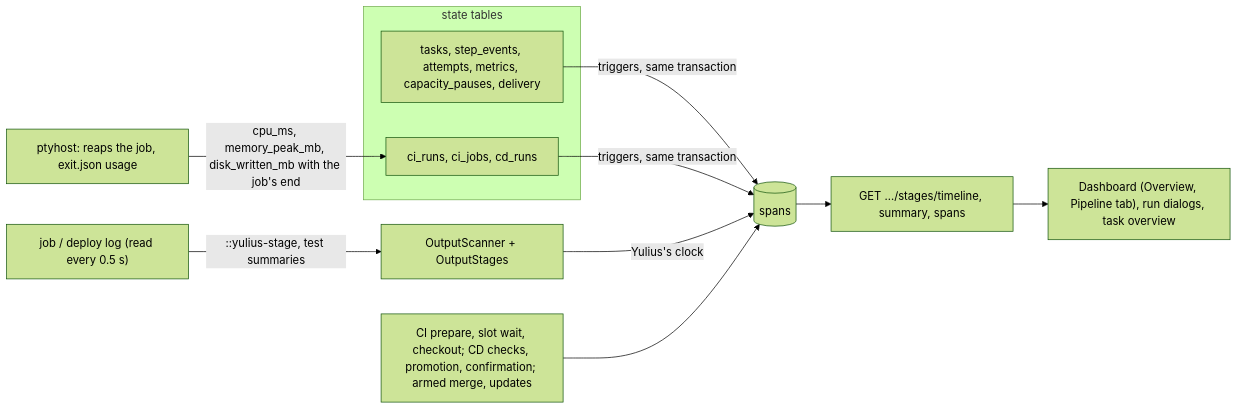
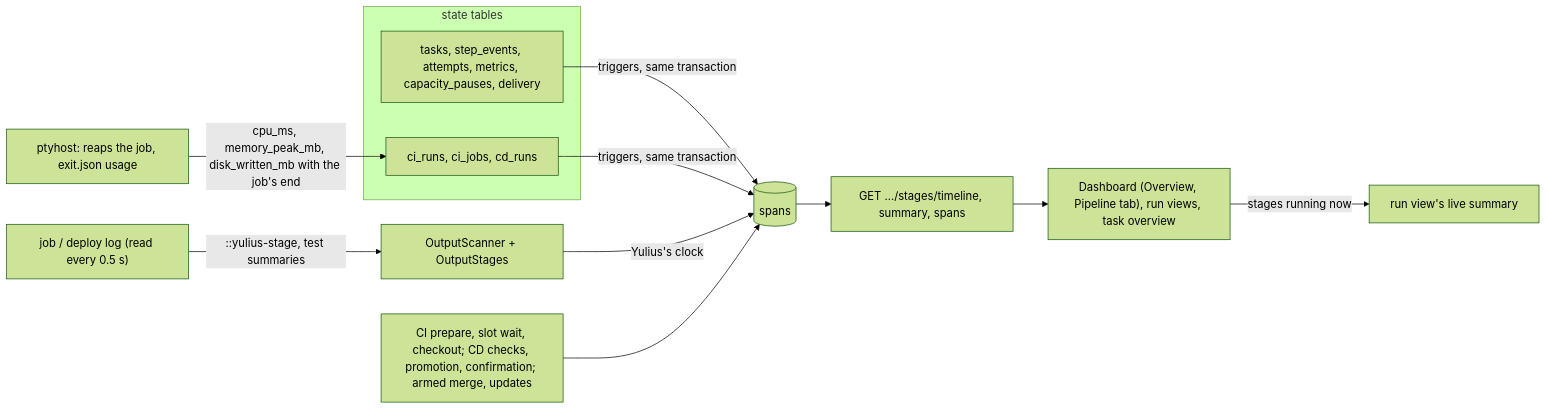
One commit to Quartio-Studio/yulius changed diagram 41 of 48 in docs/architecture.md. Above: the diagram before and after it, drawn with Mermaid (forest theme). The commit also changed other lines of this file and 22 other files, not shown here.

````diff
--- a/docs/architecture.md
+++ b/docs/architecture.md
@@ -1448,15 +1451,16 @@
 ```mermaid
 flowchart LR
   subgraph States["state tables"]
     T["tasks, step_events, attempts, metrics, capacity_pauses, delivery"]
     C["ci_runs, ci_jobs, cd_runs"]
   end
   T -->|"triggers, same transaction"| S[("spans")]
   C -->|"triggers, same transaction"| S
   HOST["ptyhost: reaps the job, exit.json usage"] -->|"cpu_ms, memory_peak_mb, disk_written_mb with the job's end"| C
   LOG["job / deploy log (read every 0.5 s)"] -->|"::yulius-stage, test summaries"| SC["OutputScanner + OutputStages"]
   SC -->|"Yulius's clock"| S
   APP["CI prepare, slot wait, checkout; CD checks, promotion, confirmation; armed merge, updates"] --> S
   S --> API["GET …/stages/timeline, summary, spans"]
-  API --> UI["Dashboard (Overview, Pipeline tab), run dialogs, task overview"]
+  API --> UI["Dashboard (Overview, Pipeline tab), run views, task overview"]
+  UI -->|"stages running now"| NOW["run view's live summary"]
 ```
````
